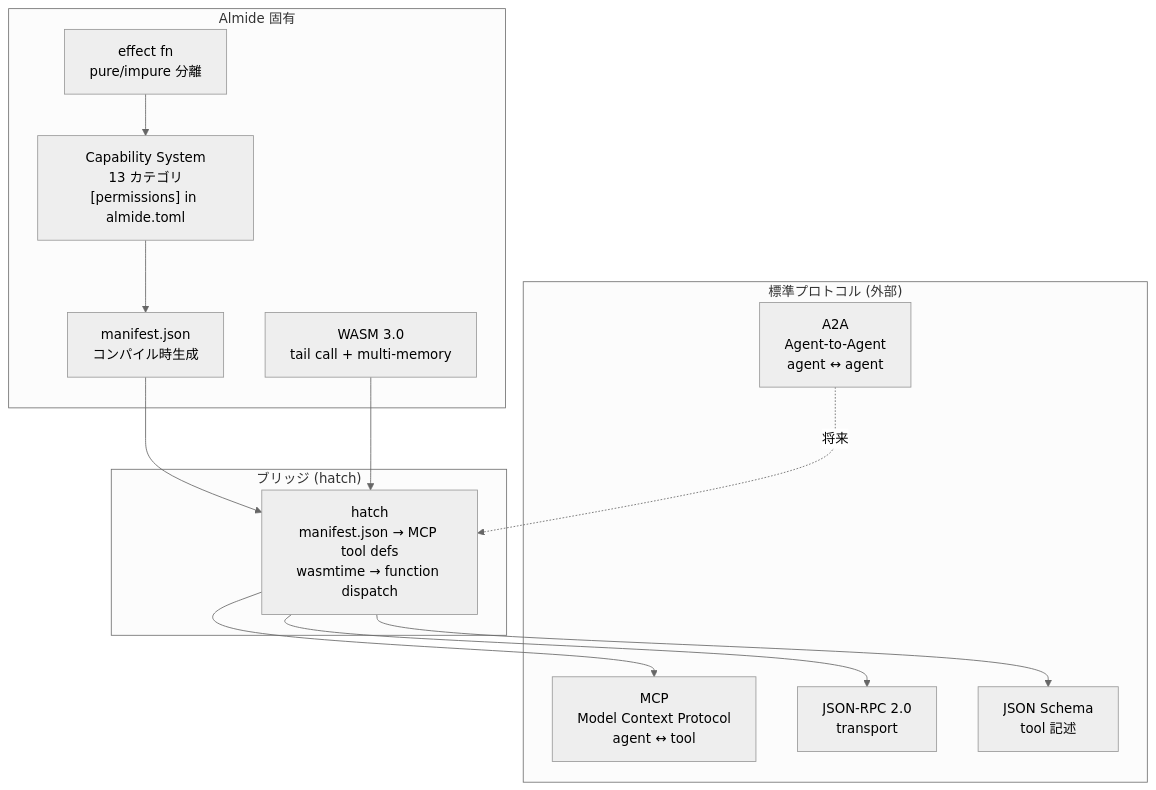
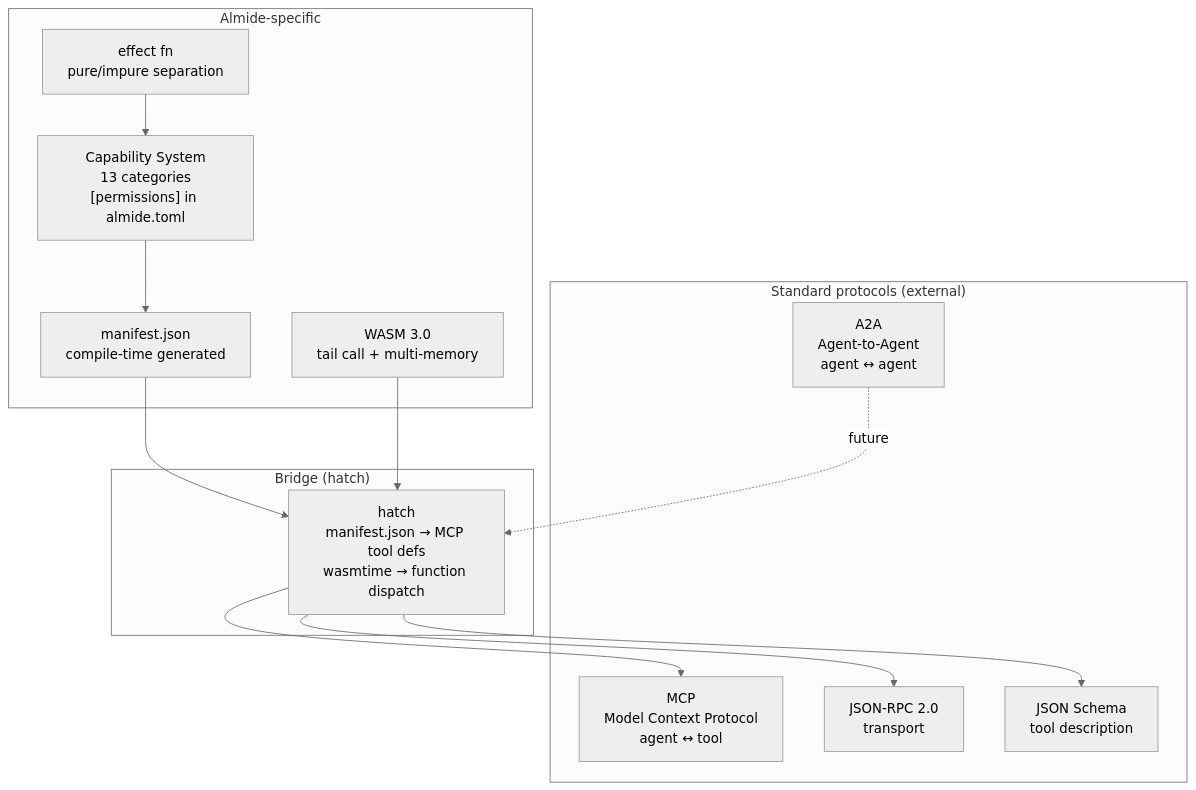
The sixth of 8 diagrams in docs/wasm/agent-container.md (almide/almide), drawn with Mermaid (neutral theme) before and after one commit. The commit also changed other lines of this file and 5 other files, not shown here.

````diff
--- a/docs/wasm/agent-container.md
+++ b/docs/wasm/agent-container.md
@@ -219,29 +997,29 @@
 ```mermaid
 graph TB
-    subgraph "標準プロトコル (外部)"
+    subgraph "Standard protocols (external)"
         MCP["MCP<br/>Model Context Protocol<br/>agent ↔ tool"]
         A2A["A2A<br/>Agent-to-Agent<br/>agent ↔ agent"]
         JSONRPC["JSON-RPC 2.0<br/>transport"]
-        JSONSCHEMA["JSON Schema<br/>tool 記述"]
+        JSONSCHEMA["JSON Schema<br/>tool description"]
     end
 
-    subgraph "Almide 固有"
-        EFFECT["effect fn<br/>pure/impure 分離"]
-        CAPS["Capability System<br/>13 カテゴリ<br/>[permissions] in almide.toml"]
+    subgraph "Almide-specific"
+        EFFECT["effect fn<br/>pure/impure separation"]
+        CAPS["Capability System<br/>13 categories<br/>[permissions] in almide.toml"]
         WASM3["WASM 3.0<br/>tail call + multi-memory"]
-        MANIFEST2["manifest.json<br/>コンパイル時生成"]
+        MANIFEST2["manifest.json<br/>compile-time generated"]
     end
 
-    subgraph "ブリッジ (hatch)"
+    subgraph "Bridge (hatch)"
         BRIDGE["hatch<br/>manifest.json → MCP tool defs<br/>wasmtime → function dispatch"]
     end
 
     EFFECT --> CAPS
     CAPS --> MANIFEST2
     MANIFEST2 --> BRIDGE
     WASM3 --> BRIDGE
     BRIDGE --> MCP
     BRIDGE --> JSONRPC
     BRIDGE --> JSONSCHEMA
-    A2A -.->|"将来"| BRIDGE
+    A2A -.->|"future"| BRIDGE
 ```
````
